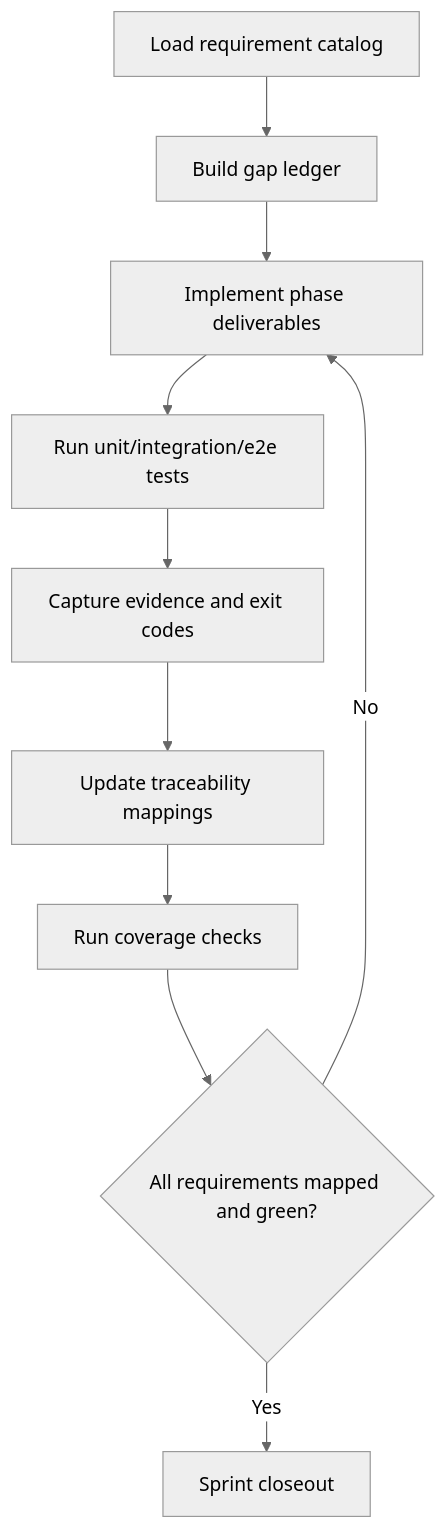
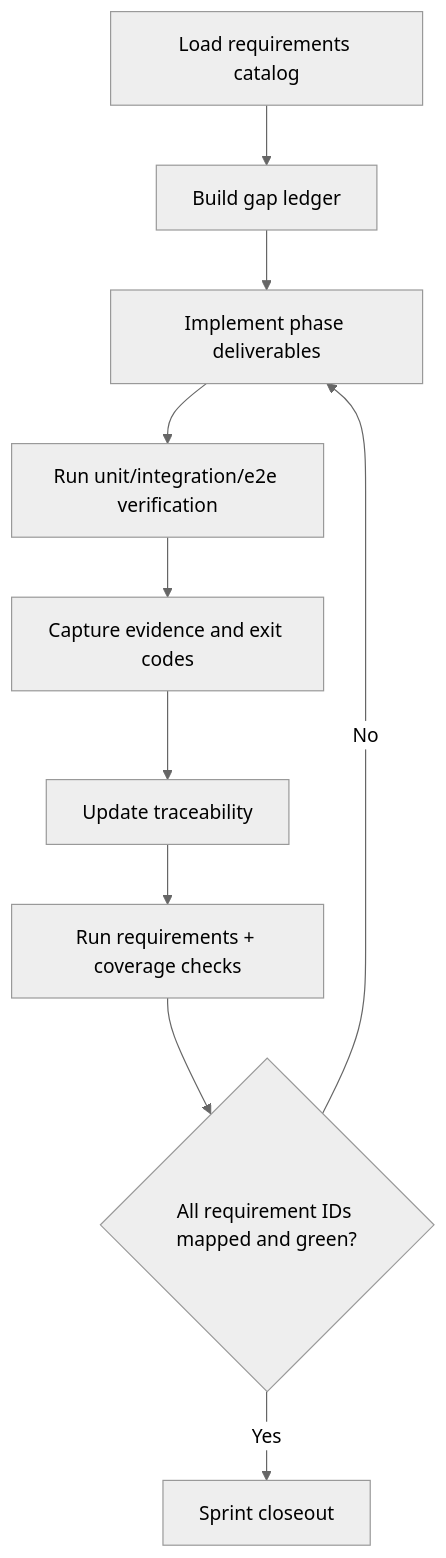
The third of 5 diagrams in docs/sprints/SPRINT-003-close-spec-parity-tcl.md (jaytaylor/attractor-tcl), drawn with Mermaid (neutral theme) before and after one commit. The commit also changed other lines of this file, not shown here.

````diff
--- a/docs/sprints/SPRINT-003-close-spec-parity-tcl.md
+++ b/docs/sprints/SPRINT-003-close-spec-parity-tcl.md
@@ -760,12 +1443,12 @@
 ```mermaid
 flowchart TD
-  A[Load requirement catalog] --> B[Build gap ledger]
+  A[Load requirements catalog] --> B[Build gap ledger]
   B --> C[Implement phase deliverables]
-  C --> D[Run unit/integration/e2e tests]
+  C --> D[Run unit/integration/e2e verification]
   D --> E[Capture evidence and exit codes]
-  E --> F[Update traceability mappings]
-  F --> G[Run coverage checks]
-  G --> H{All requirements mapped and green?}
+  E --> F[Update traceability]
+  F --> G[Run requirements + coverage checks]
+  G --> H{All requirement IDs mapped and green?}
   H -->|No| C
   H -->|Yes| I[Sprint closeout]
 ```
````
